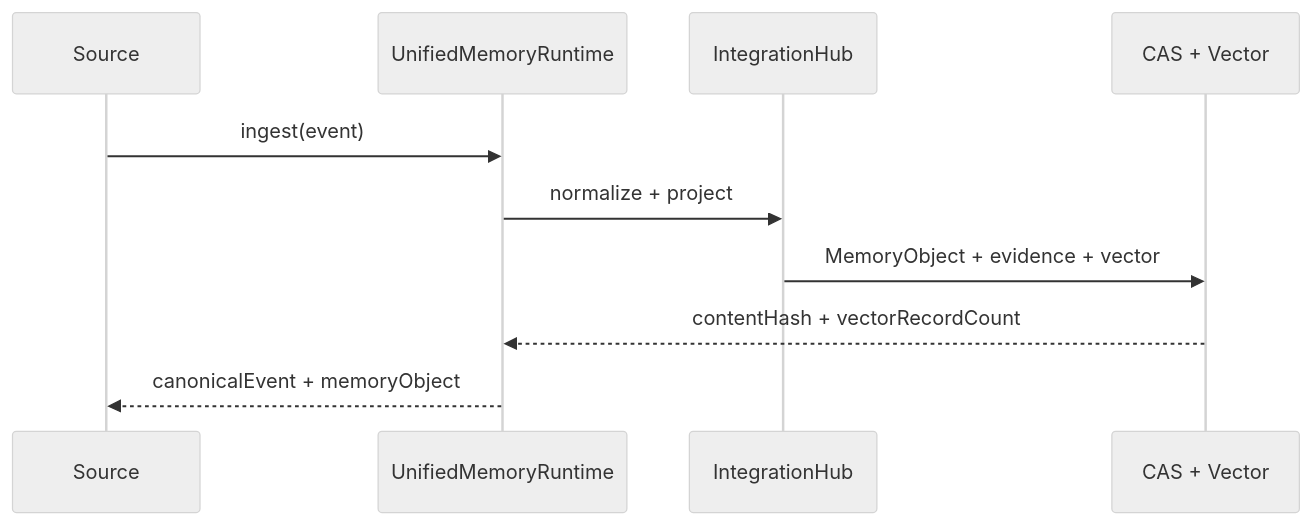
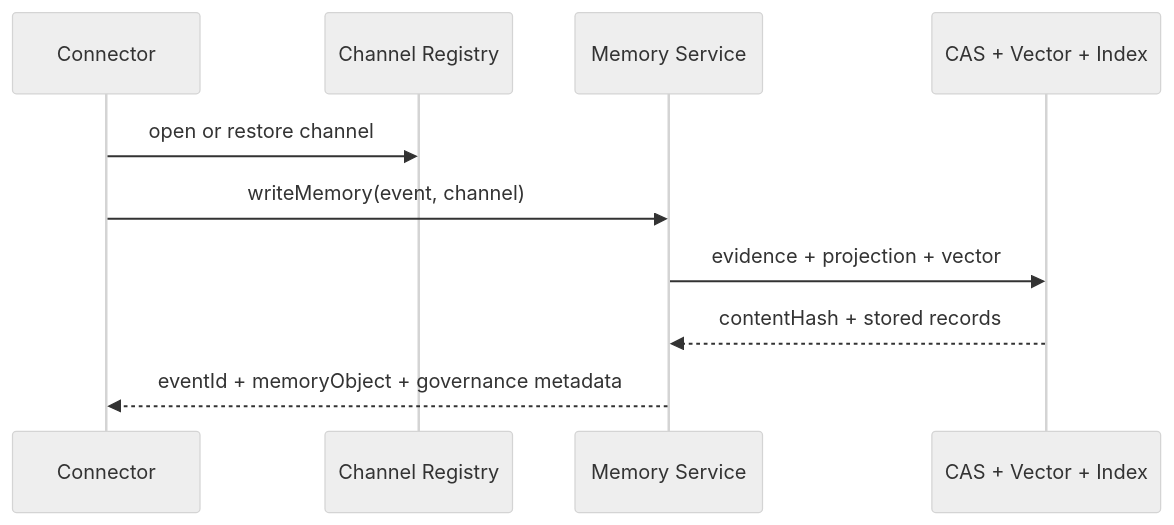
Before and after one commit to embaobao/memo-hub: the second of 4 diagrams in docs/architecture/overview.md, drawn with Mermaid (neutral theme). The commit also changed other lines of this file and 124 other files, not shown here.

````diff
--- a/docs/architecture/overview.md
+++ b/docs/architecture/overview.md
@@ -36,13 +40,13 @@
 ```mermaid
 sequenceDiagram
-    participant Source as Source
-    participant Runtime as UnifiedMemoryRuntime
-    participant Hub as IntegrationHub
-    participant Store as CAS + Vector
+    participant Connector as Connector
+    participant Channel as Channel Registry
+    participant Memory as Memory Service
+    participant Store as CAS + Vector + Index
 
-    Source->>Runtime: ingest(event)
-    Runtime->>Hub: normalize + project
-    Hub->>Store: MemoryObject + evidence + vector
-    Store-->>Runtime: contentHash + vectorRecordCount
-    Runtime-->>Source: canonicalEvent + memoryObject
+    Connector->>Channel: open or restore channel
+    Connector->>Memory: writeMemory(event, channel)
+    Memory->>Store: evidence + projection + vector
+    Store-->>Memory: contentHash + stored records
+    Memory-->>Connector: eventId + memoryObject + governance metadata
 ```
````
